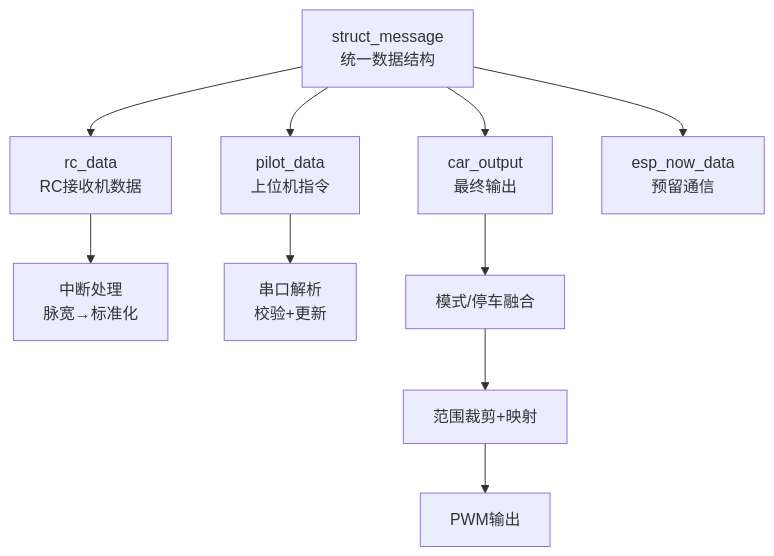
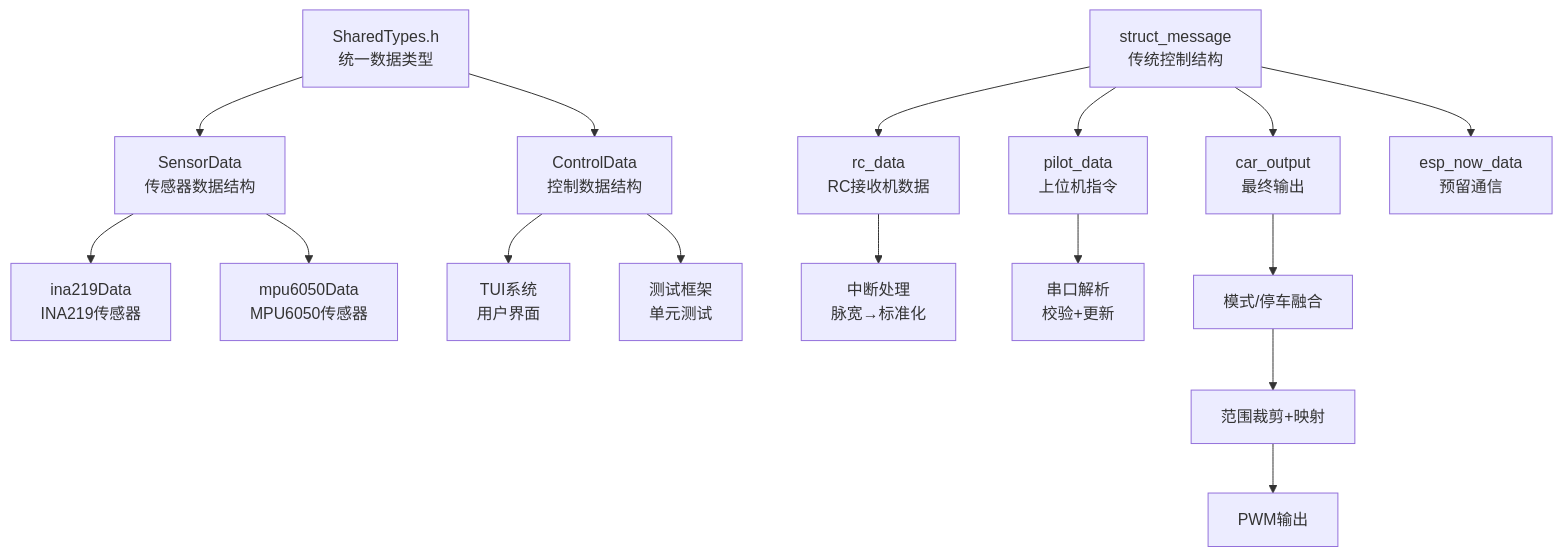
Before and after one commit to DonkeyDrift/Firmware: the fourth of 4 diagrams in .qoder/repowiki/zh/content/软件架构/核心数据结构.md, drawn with Mermaid. The commit also changed other lines of this file and 9 other files, not shown here.

````diff
--- a/.qoder/repowiki/zh/content/软件架构/核心数据结构.md
+++ b/.qoder/repowiki/zh/content/软件架构/核心数据结构.md
@@ -203,12 +264,18 @@
 ```mermaid
 graph TB
-SM["struct_message<br/>统一数据结构"] --> RC["rc_data<br/>RC接收机数据"]
+ST["SharedTypes.h<br/>统一数据类型"] --> SD["SensorData<br/>传感器数据结构"]
+ST --> CD["ControlData<br/>控制数据结构"]
+SM["struct_message<br/>传统控制结构"] --> RC["rc_data<br/>RC接收机数据"]
 SM --> PILOT["pilot_data<br/>上位机指令"]
 SM --> OUT["car_output<br/>最终输出"]
 SM --> ESPNOW["esp_now_data<br/>预留通信"]
+SD --> INA["ina219Data<br/>INA219传感器"]
+SD --> MPU["mpu6050Data<br/>MPU6050传感器"]
+CD --> TUI["TUI系统<br/>用户界面"]
+CD --> TEST["测试框架<br/>单元测试"]
 RC --> ISR["中断处理<br/>脉宽→标准化"]
 PILOT --> PARSE["串口解析<br/>校验+更新"]
 OUT --> FUSE["模式/停车融合"]
 FUSE --> MAP["范围裁剪+映射"]
 MAP --> PWM["PWM输出"]
 ```
````
